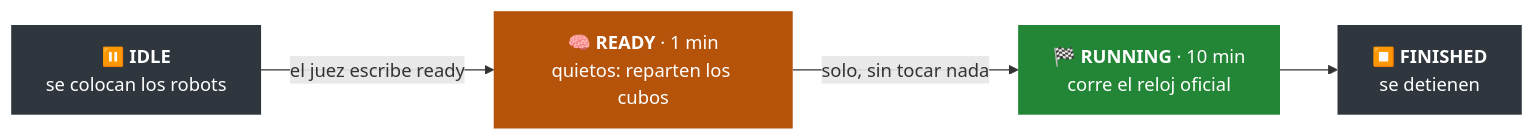
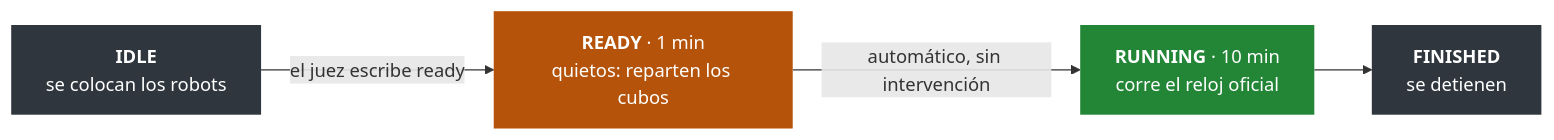
The second of 6 diagrams in README.md (dnunezf/Vision-Rover-Challenge-ev4.exe), drawn with Mermaid before and after one commit. The commit also changed other lines of this file, not shown here.

````diff
--- a/README.md
+++ b/README.md
@@ -41,11 +41,11 @@
 ```mermaid
 flowchart LR
-    I["⏸️ <b>IDLE</b><br/>se colocan los robots"] -->|"el juez escribe ready"| R["🧠 <b>READY</b> · 1 min<br/>quietos: reparten los cubos"]
-    R -->|"solo, sin tocar nada"| G["🏁 <b>RUNNING</b> · 10 min<br/>corre el reloj oficial"]
-    G --> F["⏹️ <b>FINISHED</b><br/>se detienen"]
+    I["<b>IDLE</b><br/>se colocan los robots"] -->|"el juez escribe ready"| R["<b>READY</b> · 1 min<br/>quietos: reparten los cubos"]
+    R -->|"automático, sin intervención"| G["<b>RUNNING</b> · 10 min<br/>corre el reloj oficial"]
+    G --> F["<b>FINISHED</b><br/>se detienen"]
 
     style I fill:#30363d,color:#fff,stroke:none
     style R fill:#b45309,color:#fff,stroke:none
     style G fill:#238636,color:#fff,stroke:none
     style F fill:#30363d,color:#fff,stroke:none
 ```
````
